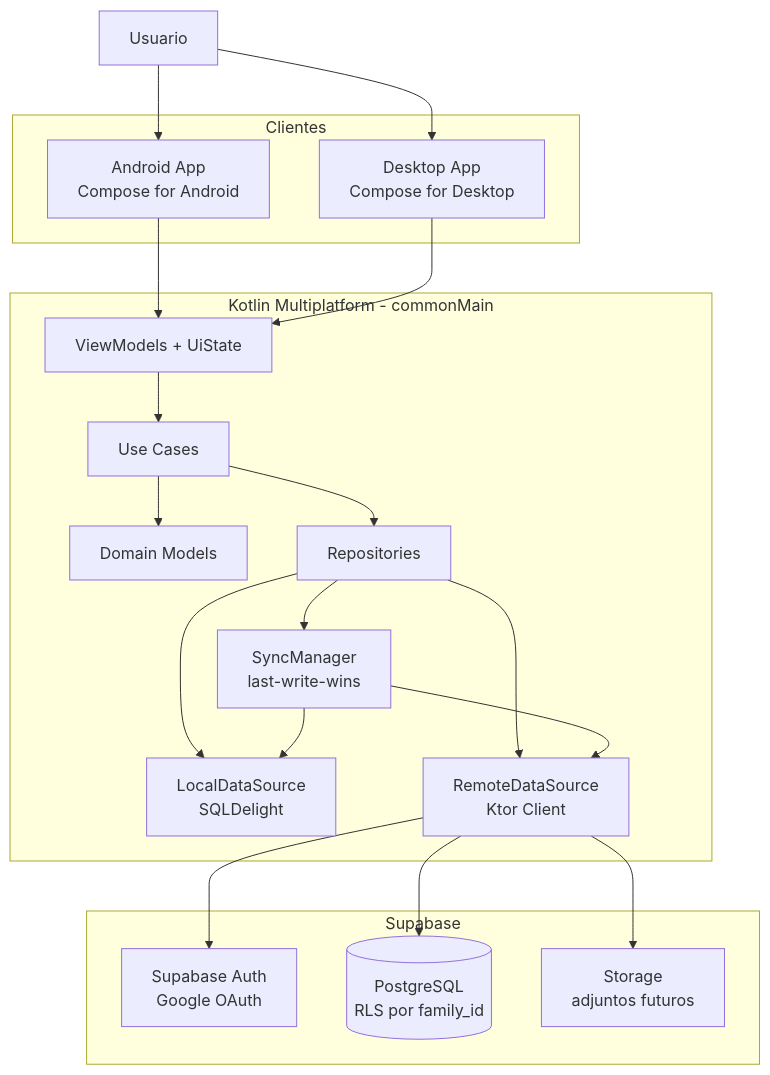
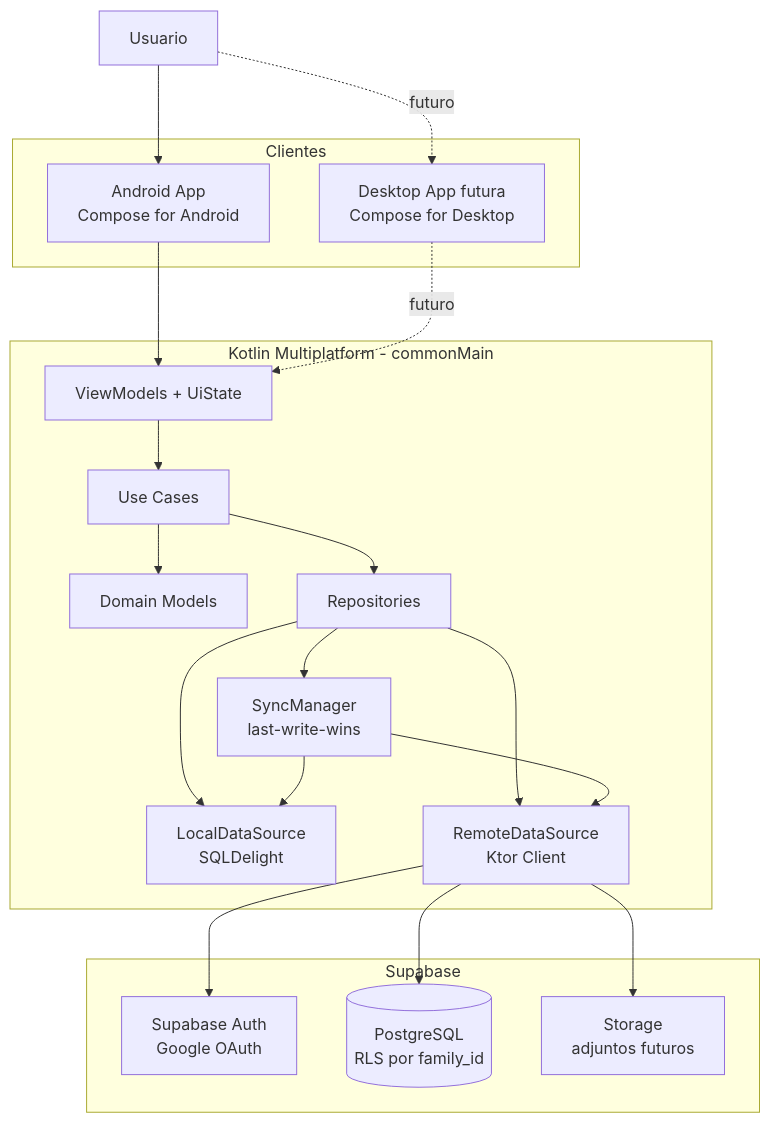
The first of 3 diagrams in readme.md (asensiodev/Carbura), drawn with Mermaid before and after one commit. The commit also changed other lines of this file and 11 other files, not shown here.

````diff
--- a/readme.md
+++ b/readme.md
@@ -131,41 +133,41 @@
 ```mermaid
 flowchart TD
     User[Usuario]
 
     subgraph Clients[Clientes]
         Android[Android App\nCompose for Android]
-        Desktop[Desktop App\nCompose for Desktop]
+        Desktop[Desktop App futura\nCompose for Desktop]
     end
 
     subgraph Shared[Kotlin Multiplatform - commonMain]
         VM[ViewModels + UiState]
         UseCases[Use Cases]
         Domain[Domain Models]
         Repo[Repositories]
         Sync[SyncManager\nlast-write-wins]
         Local[LocalDataSource\nSQLDelight]
         Remote[RemoteDataSource\nKtor Client]
     end
 
     subgraph Supabase[Supabase]
         Auth[Supabase Auth\nGoogle OAuth]
         DB[(PostgreSQL\nRLS por family_id)]
         Storage[Storage\nadjuntos futuros]
     end
 
     User --> Android
-    User --> Desktop
+    User -. futuro .-> Desktop
     Android --> VM
-    Desktop --> VM
+    Desktop -. futuro .-> VM
     VM --> UseCases
     UseCases --> Domain
     UseCases --> Repo
     Repo --> Local
     Repo --> Remote
     Repo --> Sync
     Sync --> Local
     Sync --> Remote
     Remote --> Auth
     Remote --> DB
     Remote --> Storage
 ```
````
